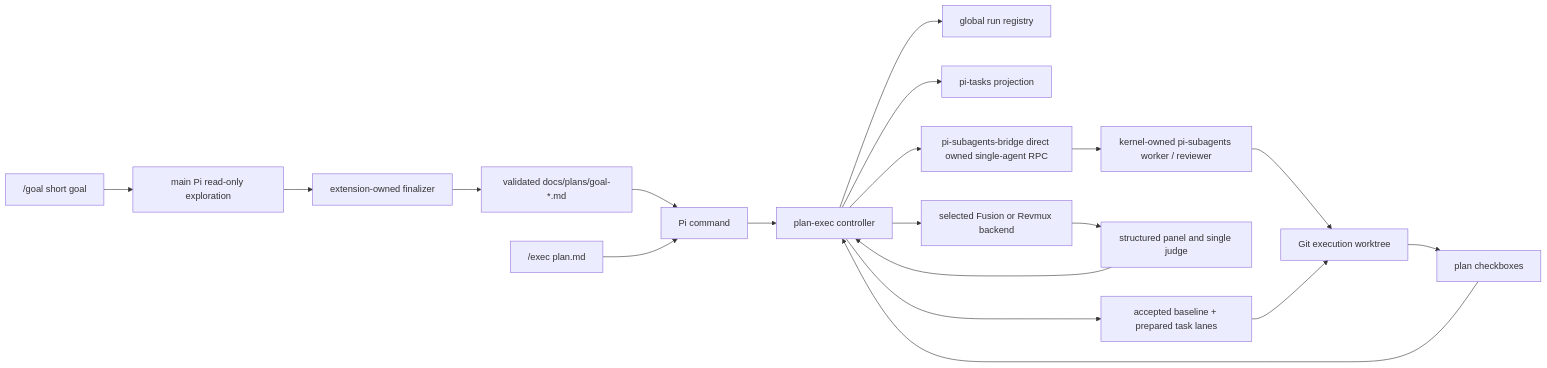
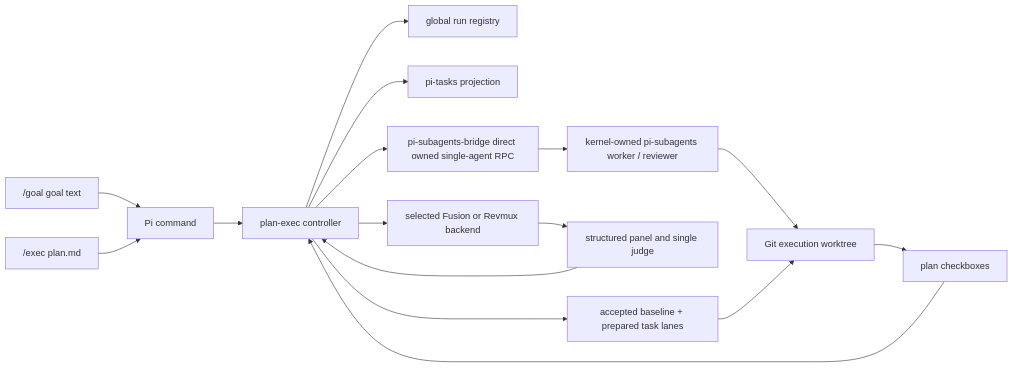
The diagram in docs/architecture.md (alexei-led/pi-plan-exec), drawn with Mermaid before and after one commit. The commit also changed other lines of this file and 19 other files, not shown here.

````diff
--- a/docs/architecture.md
+++ b/docs/architecture.md
@@ -57,21 +60,18 @@
 ```mermaid
 flowchart LR
-    goal["/goal short goal"] --> explore["main Pi read-only exploration"]
-    explore --> finalizer["extension-owned finalizer"]
-    finalizer --> prepared["validated docs/plans/goal-*.md"]
-    prepared --> command
+    goal["/goal goal text"] --> command[Pi command]
     user["/exec plan.md"] --> command[Pi command]
     command --> controller[plan-exec controller]
     controller --> registry["global run registry"]
     controller --> projection[pi-tasks projection]
     controller --> bridge[pi-subagents-bridge direct owned single-agent RPC]
     bridge --> agents["kernel-owned pi-subagents worker / reviewer"]
     controller --> fusion[selected Fusion or Revmux backend]
     fusion --> panel[structured panel and single judge]
     agents --> worktree[Git execution worktree]
     panel --> controller
     worktree --> plan[plan checkboxes]
     plan --> controller
     controller --> lanes[accepted baseline + prepared task lanes]
     lanes --> worktree
 ```
````
